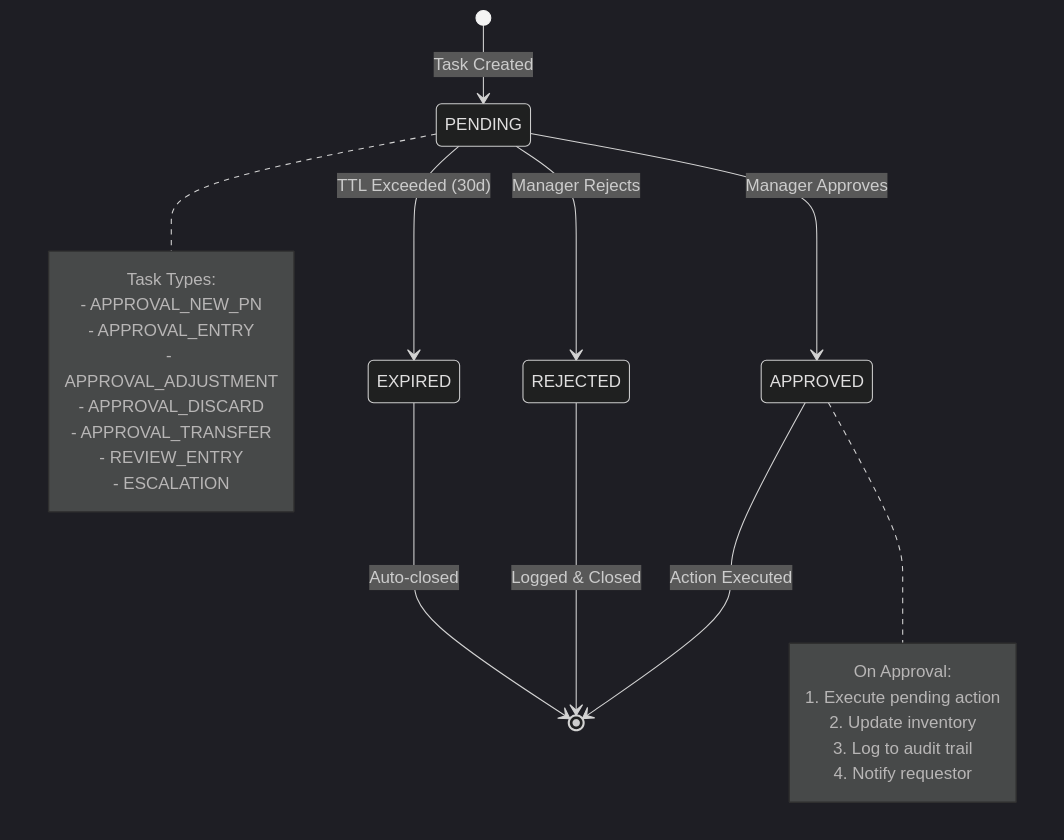
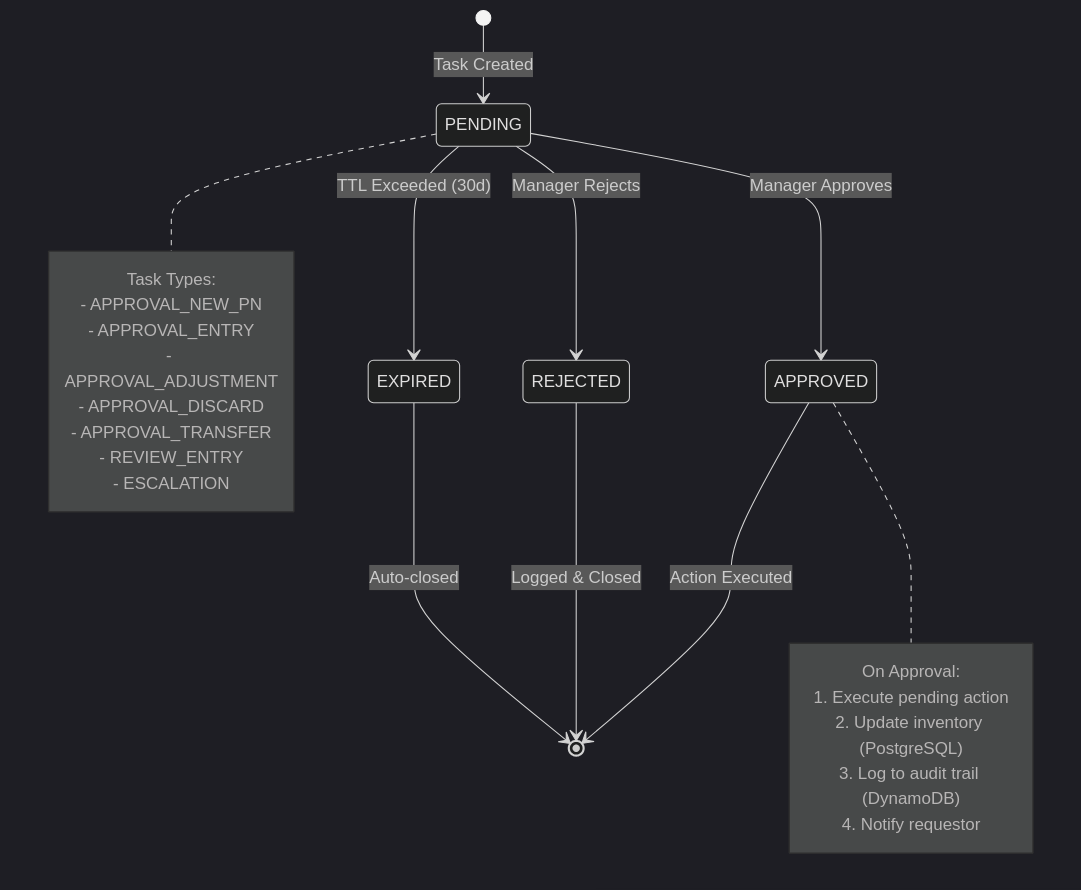
Before and after one commit to LPDigital-Agent/lpd-faiston-allinone: diagram 17 of 20 in docs/architecture/SGA_ESTOQUE_ARCHITECTURE.md, drawn with Mermaid (dark theme). The commit also changed other lines of this file, not shown here.

First line of the commit message:
📚 docs(architecture): update SGA_ESTOQUE_ARCHITECTURE for TRUE Multi-Agent A2A

````diff
--- a/docs/architecture/SGA_ESTOQUE_ARCHITECTURE.md
+++ b/docs/architecture/SGA_ESTOQUE_ARCHITECTURE.md
@@ -793,31 +1018,31 @@
 ```mermaid
 stateDiagram-v2
     [*] --> PENDING: Task Created
 
     PENDING --> APPROVED: Manager Approves
     PENDING --> REJECTED: Manager Rejects
     PENDING --> EXPIRED: TTL Exceeded (30d)
 
     APPROVED --> [*]: Action Executed
     REJECTED --> [*]: Logged & Closed
     EXPIRED --> [*]: Auto-closed
 
     note right of PENDING
         Task Types:
         - APPROVAL_NEW_PN
         - APPROVAL_ENTRY
         - APPROVAL_ADJUSTMENT
         - APPROVAL_DISCARD
         - APPROVAL_TRANSFER
         - REVIEW_ENTRY
         - ESCALATION
     end note
 
     note right of APPROVED
         On Approval:
         1. Execute pending action
-        2. Update inventory
-        3. Log to audit trail
+        2. Update inventory (PostgreSQL)
+        3. Log to audit trail (DynamoDB)
         4. Notify requestor
     end note
 ```
````
